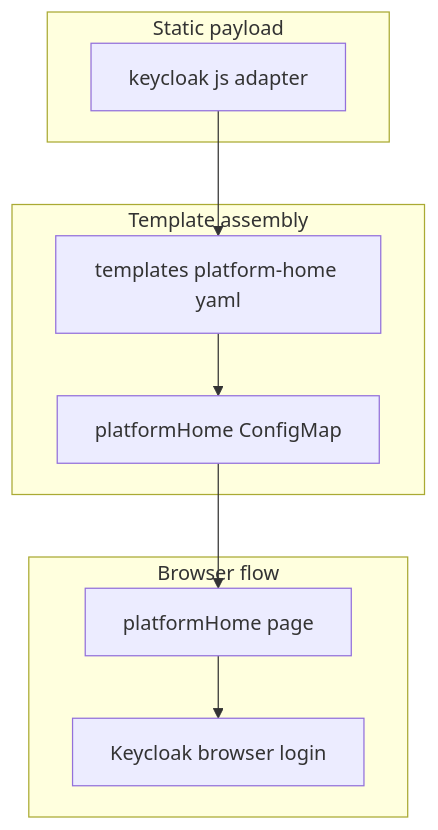
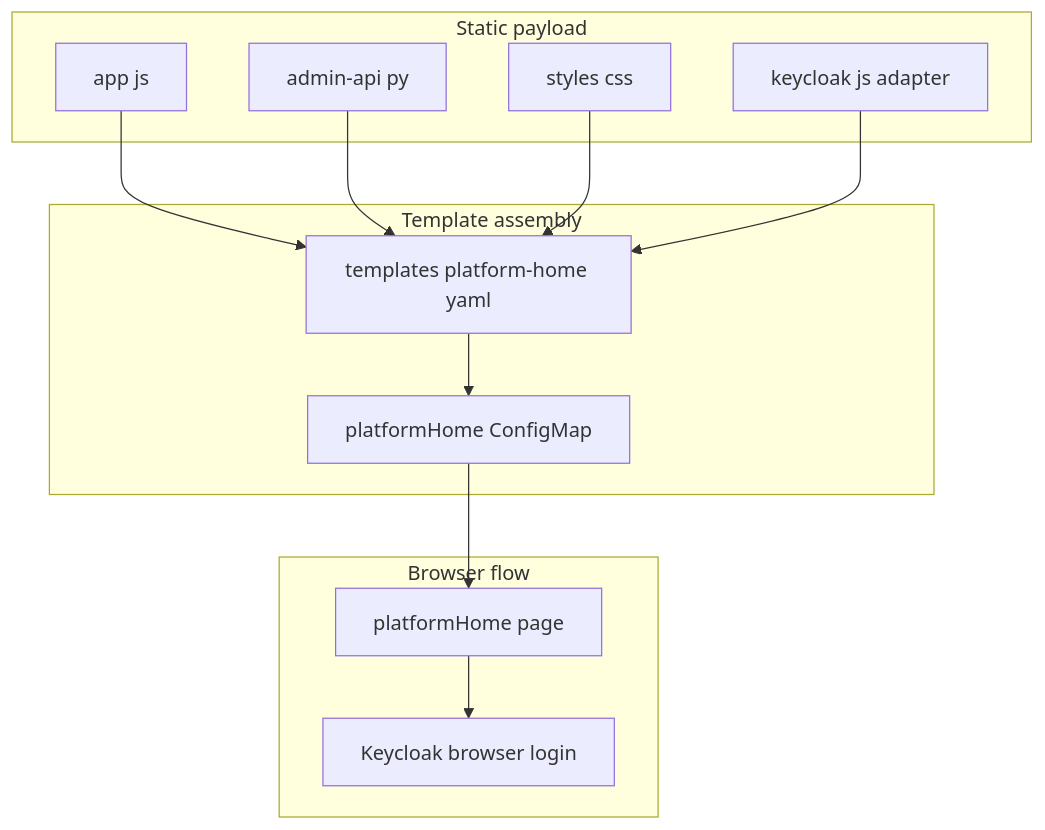
Before and after one commit to sanger-pathogens/dlh-in-a-box-umbrella-helm-chart: the diagram in charts/dlh-in-a-box/files/platform-home/README.md, drawn with Mermaid. The commit also changed other lines of this file and 4 other files, not shown here.

````diff
--- a/charts/dlh-in-a-box/files/platform-home/README.md
+++ b/charts/dlh-in-a-box/files/platform-home/README.md
@@ -19,21 +18,27 @@
 ```mermaid
 flowchart TD
   subgraph Payload["Static payload"]
+    AppJs[app js]
+    AdminApi[admin-api py]
+    StylesCss[styles css]
     KeycloakJs[keycloak js adapter]
   end
 
   subgraph Render["Template assembly"]
     Template[templates platform-home yaml]
     ConfigMap[platformHome ConfigMap]
   end
 
   subgraph Runtime["Browser flow"]
     Portal[platformHome page]
     Login[Keycloak browser login]
   end
 
+  AppJs --> Template
+  AdminApi --> Template
+  StylesCss --> Template
   KeycloakJs --> Template
   Template --> ConfigMap
   ConfigMap --> Portal
   Portal --> Login
 ```
````
